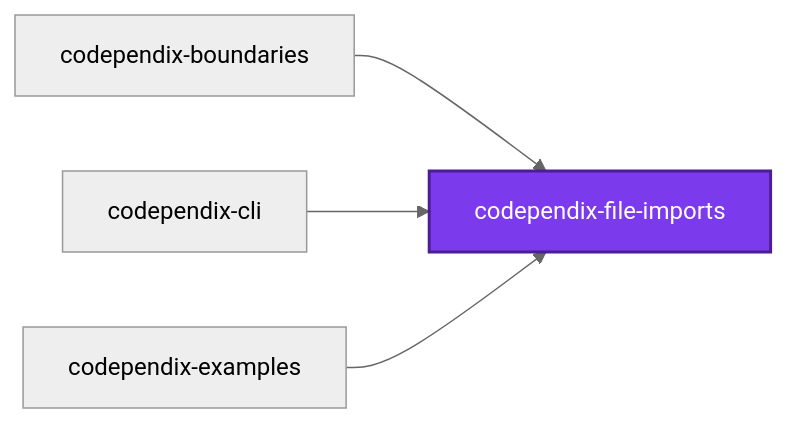
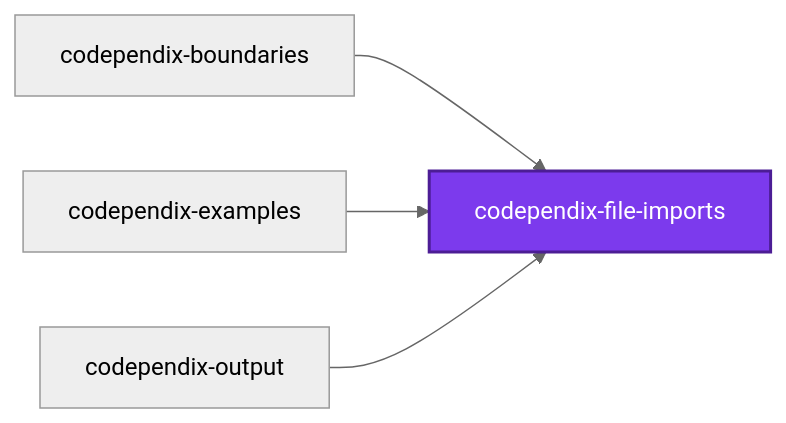
The first of 3 diagrams in packages/ic-suite/codependix/codependix-file-imports/README.md (JimmyPaolini/codebase), drawn with Mermaid (neutral theme) before and after one commit. The commit also changed 16 other files, not shown here.

Commit message:
refactor(codependix): ♻️ measure the moved size limits and regenerate the module graphs

````diff
--- a/packages/ic-suite/codependix/codependix-file-imports/README.md
+++ b/packages/ic-suite/codependix/codependix-file-imports/README.md
@@ -14,12 +14,12 @@
 ```mermaid
 graph LR
   codependix_boundaries["codependix-boundaries"]
-  codependix_cli["codependix-cli"]
   codependix_examples["codependix-examples"]
   codependix_file_imports["codependix-file-imports"]
+  codependix_output["codependix-output"]
   codependix_boundaries --> codependix_file_imports
-  codependix_cli --> codependix_file_imports
   codependix_examples --> codependix_file_imports
+  codependix_output --> codependix_file_imports
   classDef subject fill:#7c3aed,color:#fff,stroke:#4c1d95,stroke-width:2px
   class codependix_file_imports subject
 ```
````
